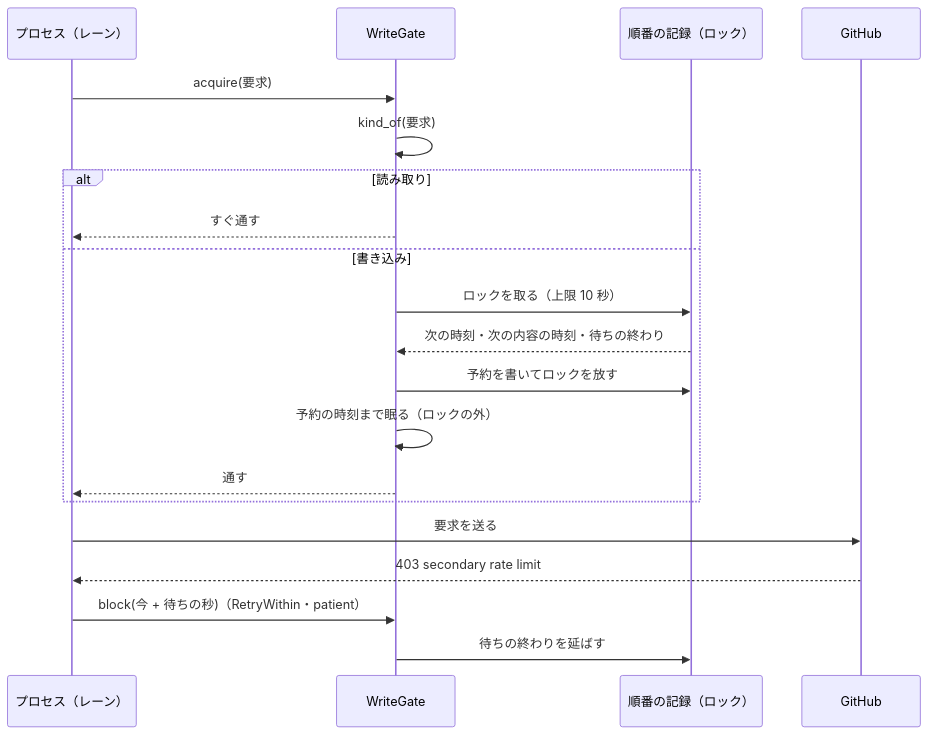
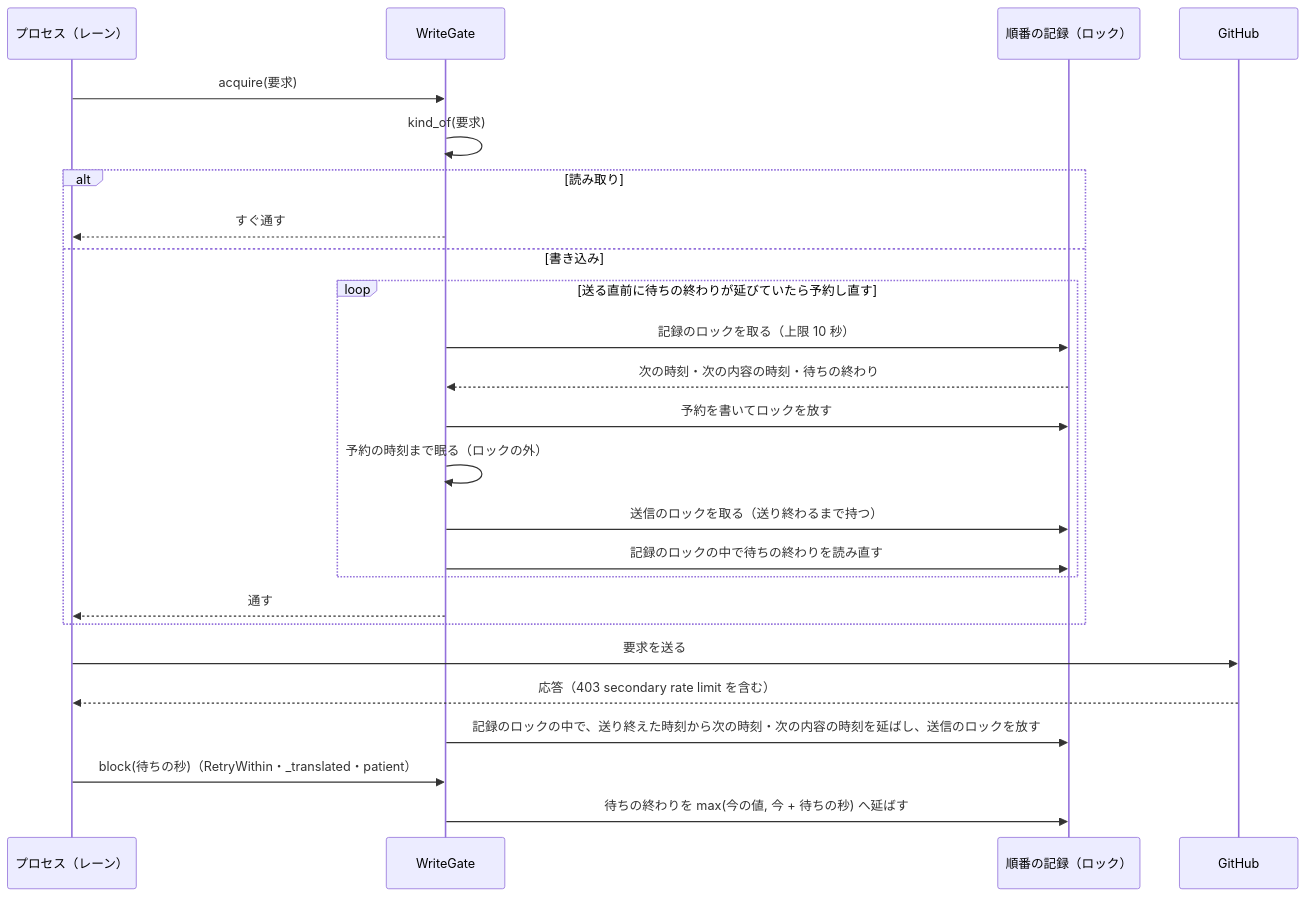
Before and after one commit to devbasex/ai-plugins: the third of 3 diagrams in issues/issue-4016-design.md, drawn with Mermaid. The commit also changed other lines of this file and 1 other file, not shown here.

Commit message:
Docs: 眠りから戻った書き込みは送信のロックを取って待ちの終わりを読み直し、送り終えた時刻から間隔を数える。時計の戻りは記録の壁時計で検出し、block は秒数で受ける（#4016 のクロスレビュー r1-1・r1-2）

````diff
--- a/issues/issue-4016-design.md
+++ b/issues/issue-4016-design.md
@@ -115,22 +116,27 @@
 ```mermaid
 sequenceDiagram
   participant P as プロセス（レーン）
   participant G as WriteGate
   participant F as 順番の記録（ロック）
   participant H as GitHub
   P->>G: acquire(要求)
   G->>G: kind_of(要求)
   alt 読み取り
     G-->>P: すぐ通す
   else 書き込み
-    G->>F: ロックを取る（上限 10 秒）
-    F-->>G: 次の時刻・次の内容の時刻・待ちの終わり
-    G->>F: 予約を書いてロックを放す
-    G->>G: 予約の時刻まで眠る（ロックの外）
+    loop 送る直前に待ちの終わりが延びていたら予約し直す
+      G->>F: 記録のロックを取る（上限 10 秒）
+      F-->>G: 次の時刻・次の内容の時刻・待ちの終わり
+      G->>F: 予約を書いてロックを放す
+      G->>G: 予約の時刻まで眠る（ロックの外）
+      G->>F: 送信のロックを取る（送り終わるまで持つ）
+      G->>F: 記録のロックの中で待ちの終わりを読み直す
+    end
     G-->>P: 通す
   end
   P->>H: 要求を送る
-  H-->>P: 403 secondary rate limit
-  P->>G: block(今 + 待ちの秒)（RetryWithin・patient）
-  G->>F: 待ちの終わりを延ばす
+  H-->>P: 応答（403 secondary rate limit を含む）
+  G->>F: 記録のロックの中で、送り終えた時刻から次の時刻・次の内容の時刻を延ばし、送信のロックを放す
+  P->>G: block(待ちの秒)（RetryWithin・_translated・patient）
+  G->>F: 待ちの終わりを max(今の値, 今 + 待ちの秒) へ延ばす
 ```
````
